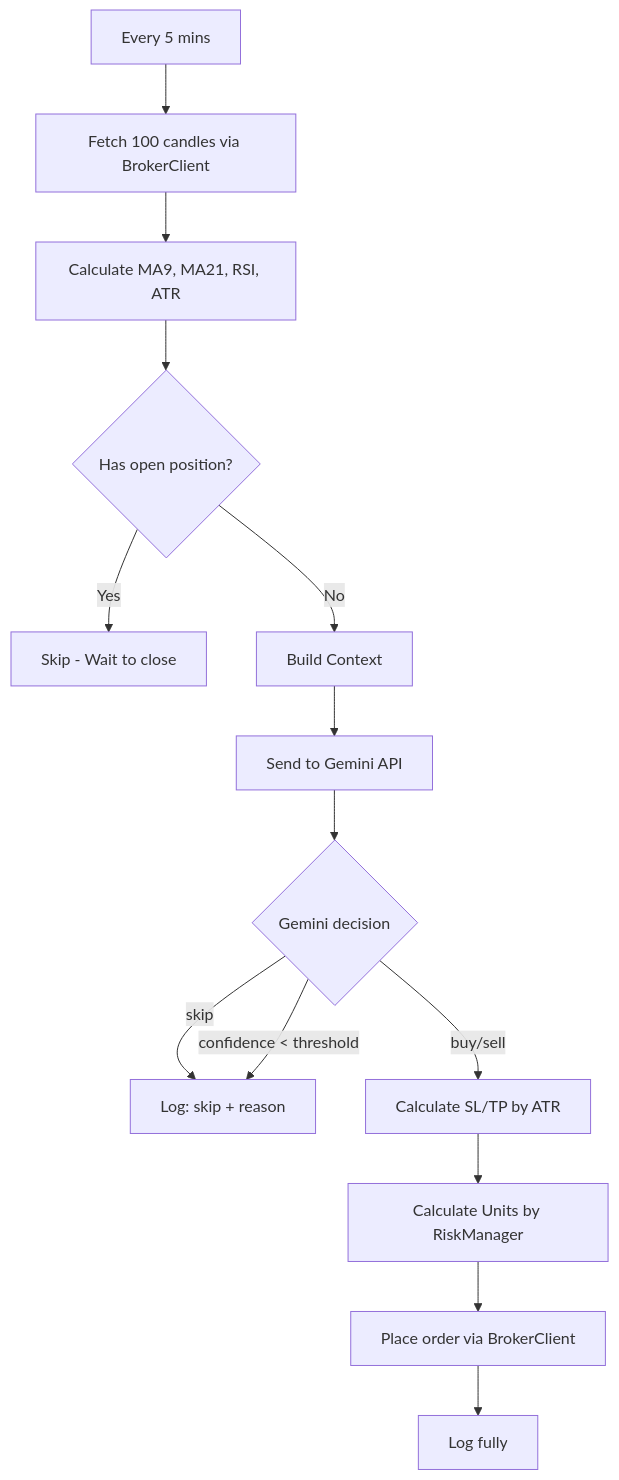
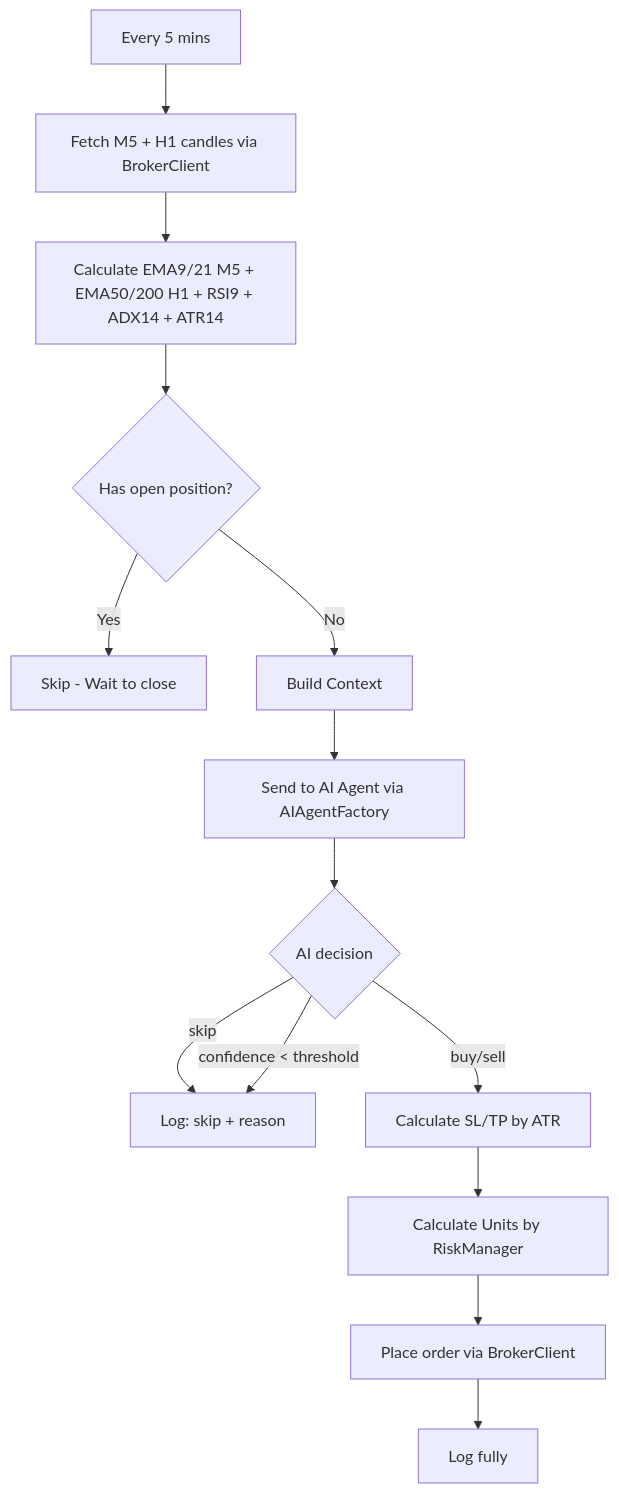
Before and after one commit to ptphat77/ai-trading: the diagram in docs/ARCHITECTURE.md, drawn with Mermaid. The commit also changed other lines of this file and 5 other files, not shown here.

````diff
--- a/docs/ARCHITECTURE.md
+++ b/docs/ARCHITECTURE.md
@@ -137,16 +154,16 @@
 ```mermaid
 flowchart TD
-    A[Every 5 mins] --> B[Fetch 100 candles via BrokerClient]
-    B --> C[Calculate MA9, MA21, RSI, ATR]
+    A[Every 5 mins] --> B[Fetch M5 + H1 candles via BrokerClient]
+    B --> C[Calculate EMA9/21 M5 + EMA50/200 H1 + RSI9 + ADX14 + ATR14]
     C --> D{Has open position?}
     D -- Yes --> E[Skip - Wait to close]
     D -- No --> F[Build Context]
-    F --> G[Send to Gemini API]
-    G --> H{Gemini decision}
+    F --> G[Send to AI Agent via AIAgentFactory]
+    G --> H{AI decision}
     H -- skip --> I[Log: skip + reason]
     H -- confidence < threshold --> I
     H -- buy/sell --> J[Calculate SL/TP by ATR]
     J --> K[Calculate Units by RiskManager]
     K --> L[Place order via BrokerClient]
     L --> M[Log fully]
 ```
````
